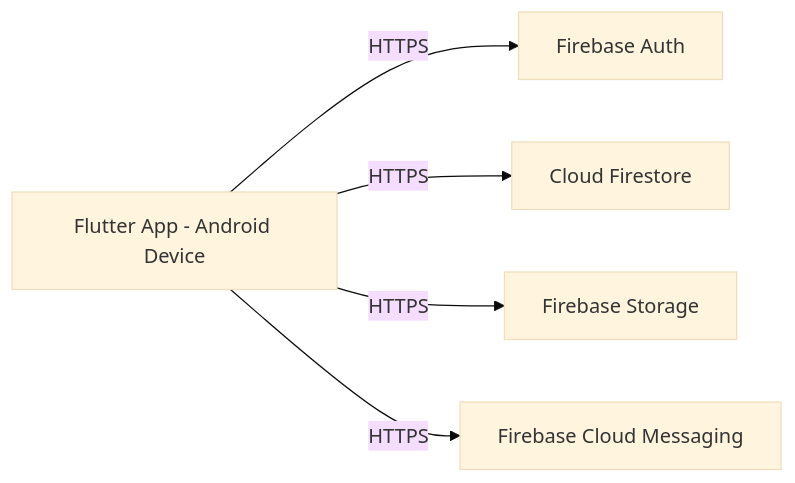
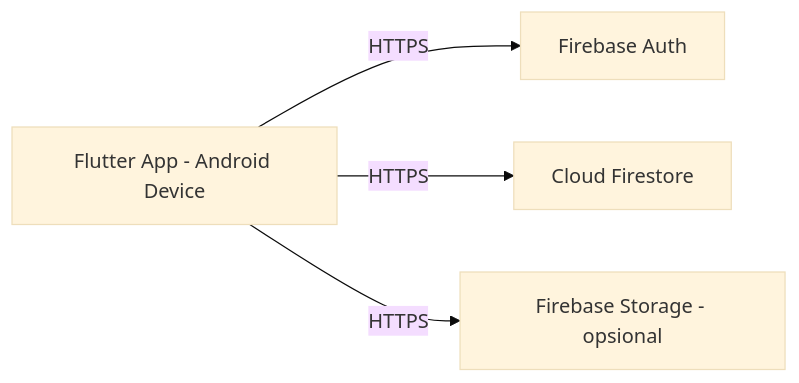
Before and after one commit to Gabriel1-05/SkillSwap: the ninth of 9 diagrams in Architecture.md, drawn with Mermaid (base theme). The commit also changed other lines of this file, not shown here.

````diff
--- a/Architecture.md
+++ b/Architecture.md
@@ -597,7 +1125,6 @@
 ```mermaid
 graph LR
     A[Flutter App - Android Device] -->|HTTPS| B[Firebase Auth]
     A -->|HTTPS| C[Cloud Firestore]
-    A -->|HTTPS| D[Firebase Storage]
-    A -->|HTTPS| E[Firebase Cloud Messaging]
+    A -->|HTTPS| D[Firebase Storage - opsional]
 ```
````
